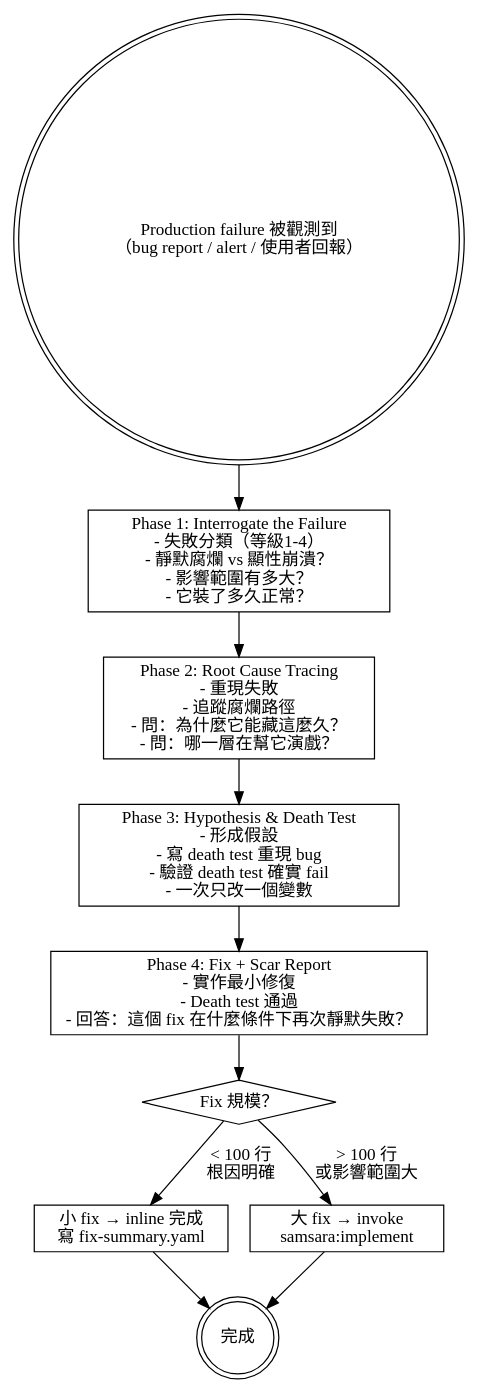
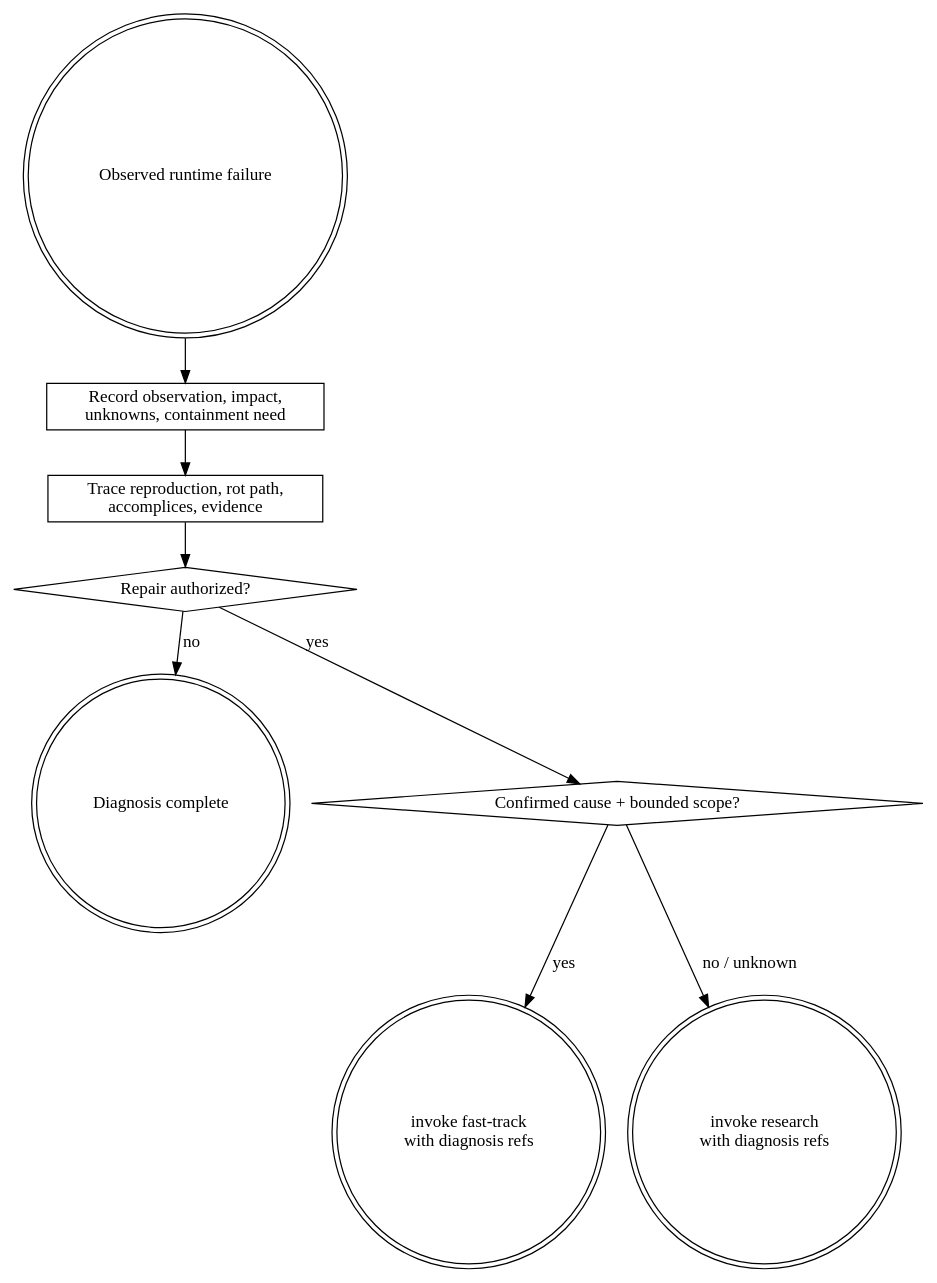
Before and after one commit to roymondliao/samsara: the diagram in skills/debugging/SKILL.md, drawn with Graphviz. The commit also changed other lines of this file and 17 other files, not shown here.

First line of the commit message:
refactor: clarify side-route repair authorities

````diff
--- a/skills/debugging/SKILL.md
+++ b/skills/debugging/SKILL.md
@@ -25,25 +26,19 @@
 ```dot
 digraph debugging {
     node [shape=box];
+    start [label="Observed runtime failure" shape=doublecircle];
+    report [label="Record observation, impact,\nunknowns, containment need"];
+    diagnose [label="Trace reproduction, rot path,\naccomplices, evidence"];
+    route [label="Repair authorized?" shape=diamond];
+    stop [label="Diagnosis complete" shape=doublecircle];
+    bounded [label="Confirmed cause + bounded scope?" shape=diamond];
+    fast [label="invoke fast-track\nwith diagnosis refs" shape=doublecircle];
+    research [label="invoke research\nwith diagnosis refs" shape=doublecircle];
 
-    start [label="Production failure 被觀測到\n（bug report / alert / 使用者回報）" shape=doublecircle];
-    interrogate [label="Phase 1: Interrogate the Failure\n- 失敗分類（等級1-4）\n- 靜默腐爛 vs 顯性崩潰？\n- 影響範圍有多大？\n- 它裝了多久正常？"];
-    root_cause [label="Phase 2: Root Cause Tracing\n- 重現失敗\n- 追蹤腐爛路徑\n- 問：為什麼它能藏這麼久？\n- 問：哪一層在幫它演戲？"];
-    hypothesis [label="Phase 3: Hypothesis & Death Test\n- 形成假設\n- 寫 death test 重現 bug\n- 驗證 death test 確實 fail\n- 一次只改一個變數"];
-    fix [label="Phase 4: Fix + Scar Report\n- 實作最小修復\n- Death test 通過\n- 回答：這個 fix 在什麼條件下再次靜默失敗？"];
-    choose [label="Fix 規模？" shape=diamond];
-    fast [label="小 fix → inline 完成\n寫 fix-summary.yaml"];
-    full [label="大 fix → invoke\nsamsara:implement"];
-    done [label="完成" shape=doublecircle];
-
-    start -> interrogate;
-    interrogate -> root_cause;
-    root_cause -> hypothesis;
-    hypothesis -> fix;
-    fix -> choose;
-    choose -> fast [label="< 100 行\n根因明確"];
-    choose -> full [label="> 100 行\n或影響範圍大"];
-    fast -> done;
-    full -> done;
+    start -> report -> diagnose -> route;
+    route -> stop [label="no"];
+    route -> bounded [label="yes"];
+    bounded -> fast [label="yes"];
+    bounded -> research [label="no / unknown"];
 }
 ```
````
